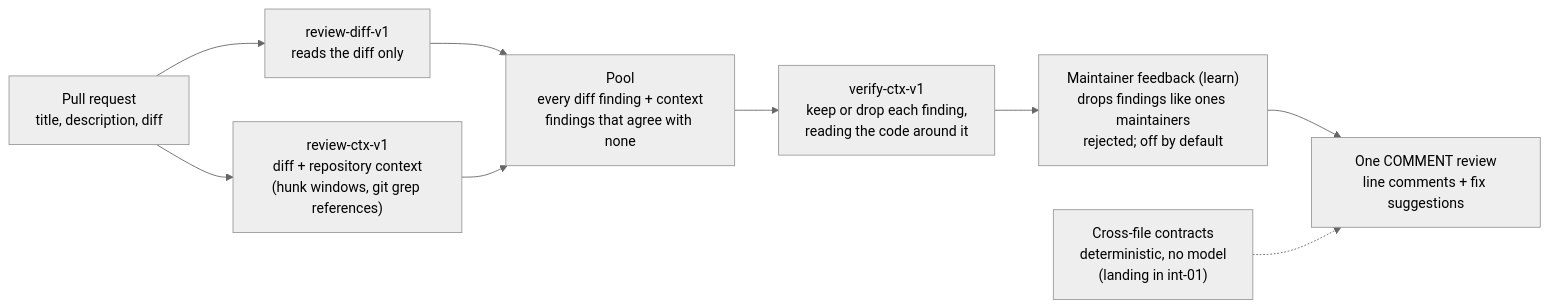
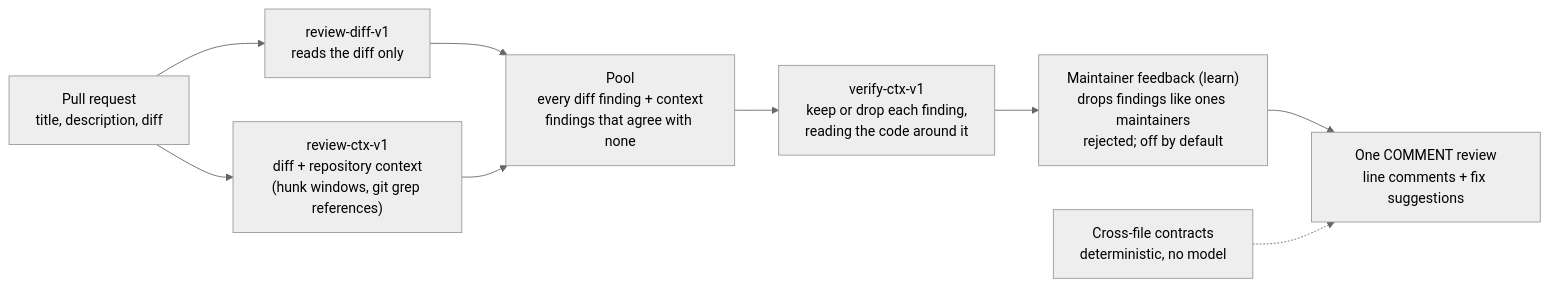
The diagram in README.md (SunnyBagal/TraceHound), drawn with Mermaid (neutral theme) before and after one commit. The commit also changed other lines of this file, not shown here.

Commit message:
readme: contracts are merged (#53), drop int-01 and the what's-next item

````diff
--- a/README.md
+++ b/README.md
@@ -48,11 +48,11 @@
 ```mermaid
 flowchart LR
   PR["Pull request<br/>title, description, diff"] --> D["review-diff-v1<br/>reads the diff only"]
   PR --> C["review-ctx-v1<br/>diff + repository context<br/>(hunk windows, git grep references)"]
   D --> P["Pool<br/>every diff finding + context<br/>findings that agree with none"]
   C --> P
   P --> V["verify-ctx-v1<br/>keep or drop each finding,<br/>reading the code around it"]
   V --> L["Maintainer feedback (learn)<br/>drops findings like ones maintainers<br/>rejected; off by default"]
   L --> R["One COMMENT review<br/>line comments + fix suggestions"]
-  K["Cross-file contracts<br/>deterministic, no model<br/>(landing in int-01)"] -.-> R
+  K["Cross-file contracts<br/>deterministic, no model"] -.-> R
 ```
````
